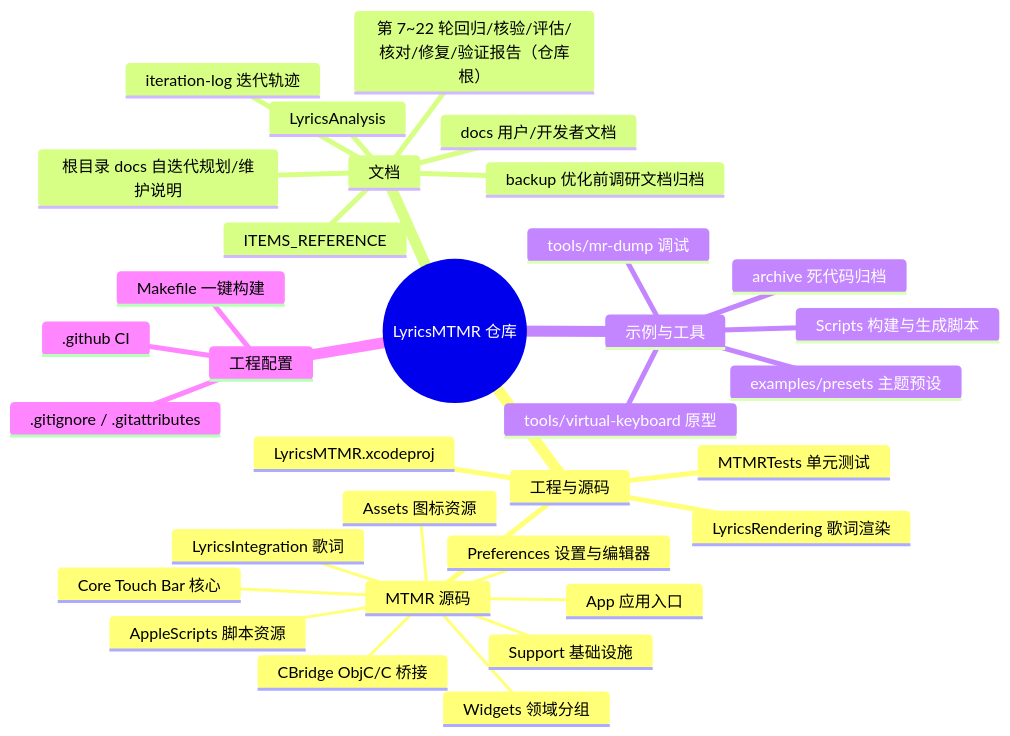
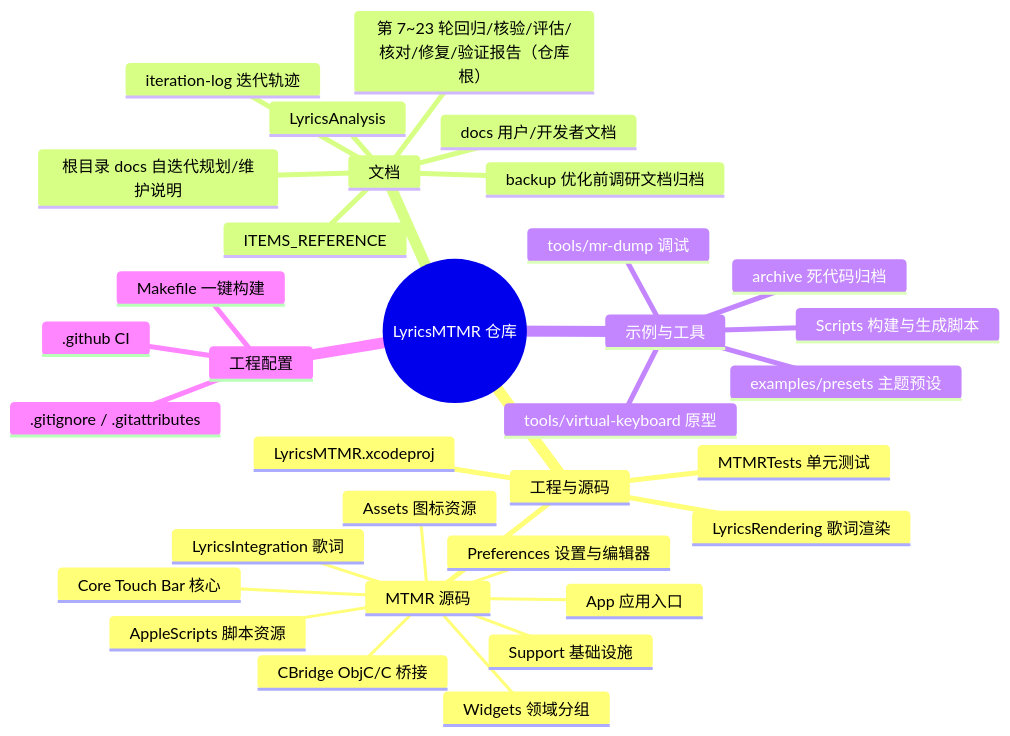
The first of 2 diagrams in LyricsMTMR/docs/file-structure.zh.md (Tangzishun-Li/LyricsMTMR), drawn with Mermaid before and after one commit. The commit also changed other lines of this file and 3 other files, not shown here.

````diff
--- a/LyricsMTMR/docs/file-structure.zh.md
+++ b/LyricsMTMR/docs/file-structure.zh.md
@@ -10,36 +10,36 @@
 ```mermaid
 mindmap
   root((LyricsMTMR 仓库))
     工程与源码
       LyricsMTMR.xcodeproj
       MTMR 源码
         App 应用入口
         Core Touch Bar 核心
         Support 基础设施
         Widgets 领域分组
         Preferences 设置与编辑器
         LyricsIntegration 歌词
         CBridge ObjC/C 桥接
         AppleScripts 脚本资源
         Assets 图标资源
       LyricsRendering 歌词渲染
       MTMRTests 单元测试
     文档
       docs 用户/开发者文档
       ITEMS_REFERENCE
       LyricsAnalysis
       backup 优化前调研文档归档
       iteration-log 迭代轨迹
       根目录 docs 自迭代规划/维护说明
-      第 7~22 轮回归/核验/评估/核对/修复/验证报告（仓库根）
+      第 7~23 轮回归/核验/评估/核对/修复/验证报告（仓库根）
     示例与工具
       examples/presets 主题预设
       tools/mr-dump 调试
       tools/virtual-keyboard 原型
       Scripts 构建与生成脚本
       archive 死代码归档
     工程配置
       .github CI
       .gitignore / .gitattributes
       Makefile 一键构建
 ```
````
